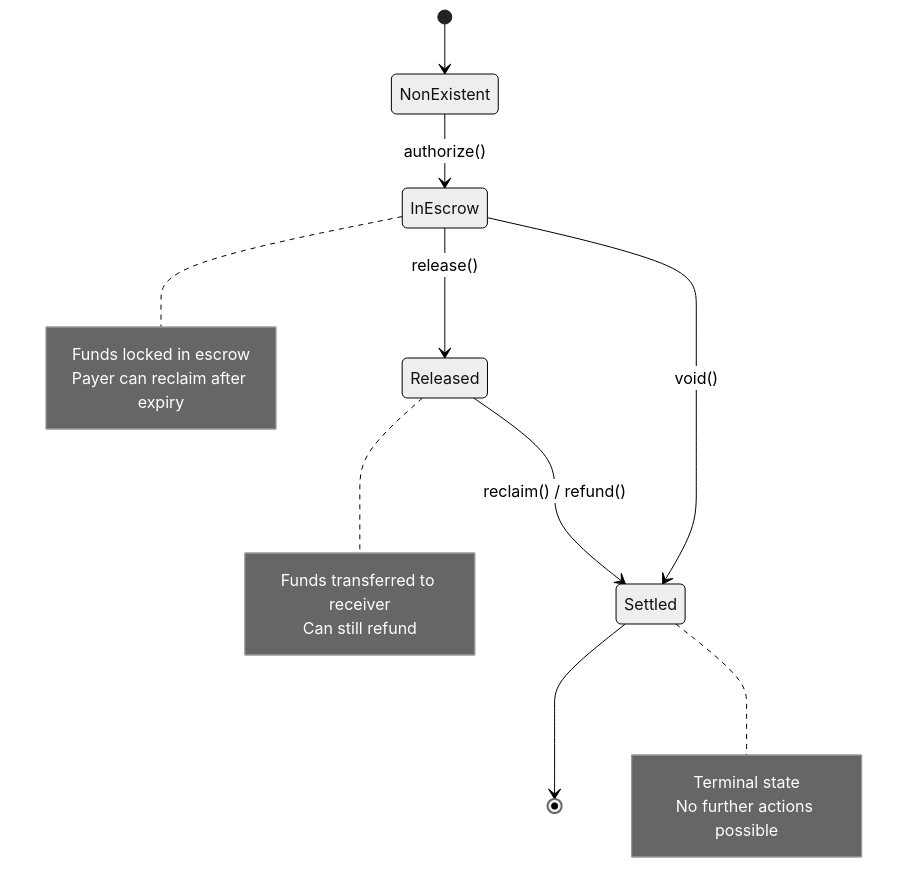
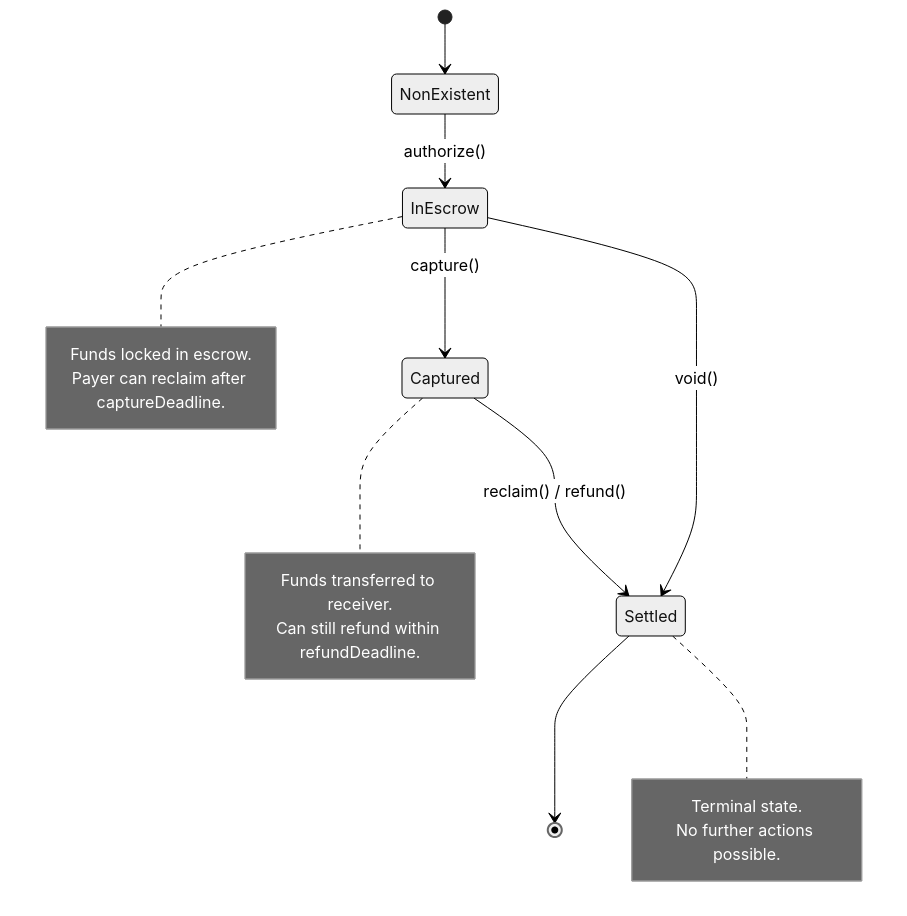
Before and after one commit to BackTrackCo/docs: the diagram in contracts/periphery/auth-capture-escrow.mdx, drawn with Mermaid (neutral theme). The commit also changed other lines of this file and 34 other files, not shown here.

First line of the commit message:
docs: comprehensive sweep — rename release→capture, drop multi-chain claims, fix scheme examples

````diff
--- a/contracts/periphery/auth-capture-escrow.mdx
+++ b/contracts/periphery/auth-capture-escrow.mdx
@@ -19,24 +27,24 @@
 ```mermaid
 stateDiagram-v2
     [*] --> NonExistent
     NonExistent --> InEscrow: authorize()
-    InEscrow --> Released: release()
+    InEscrow --> Captured: capture()
     InEscrow --> Settled: void()
-    Released --> Settled: reclaim() / refund()
+    Captured --> Settled: reclaim() / refund()
     Settled --> [*]
 
     note right of InEscrow
-        Funds locked in escrow
-        Payer can reclaim after expiry
+        Funds locked in escrow.
+        Payer can reclaim after captureDeadline.
     end note
 
-    note right of Released
-        Funds transferred to receiver
-        Can still refund
+    note right of Captured
+        Funds transferred to receiver.
+        Can still refund within refundDeadline.
     end note
 
     note right of Settled
-        Terminal state
-        No further actions possible
+        Terminal state.
+        No further actions possible.
     end note
 ```
````
